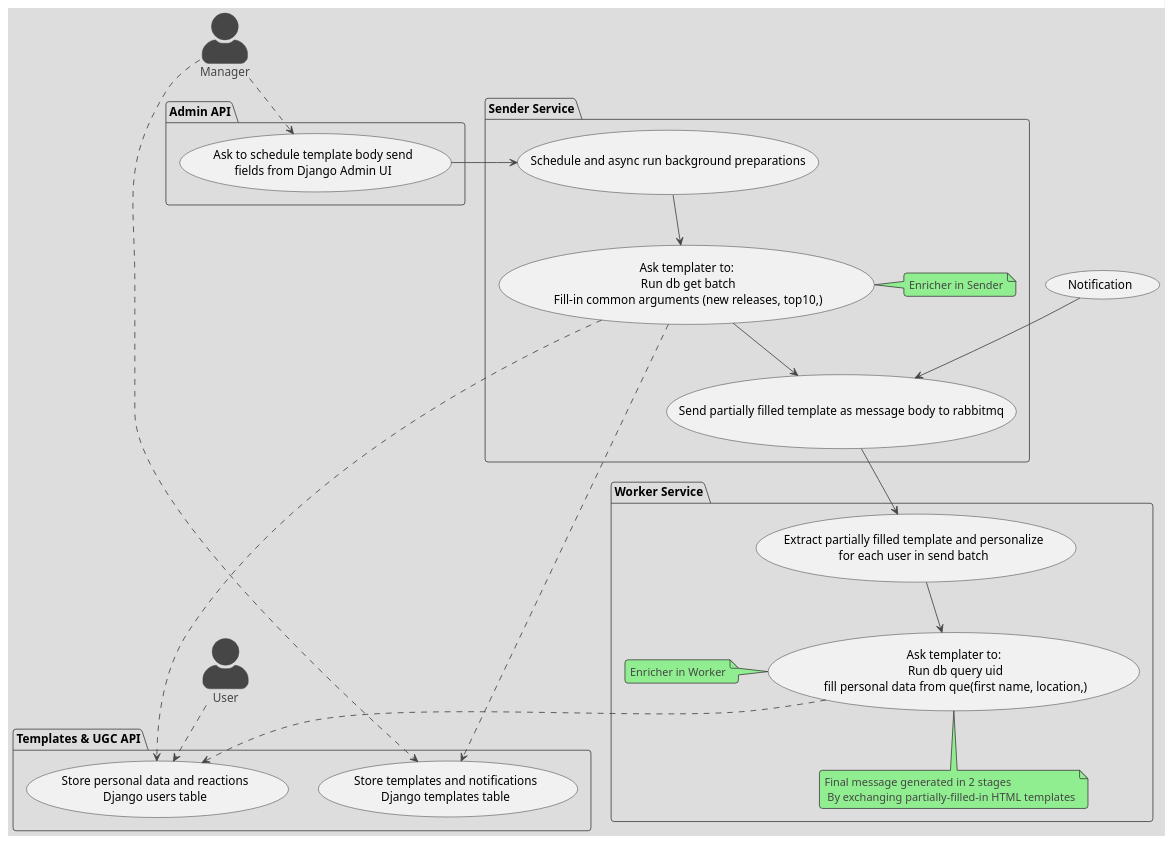
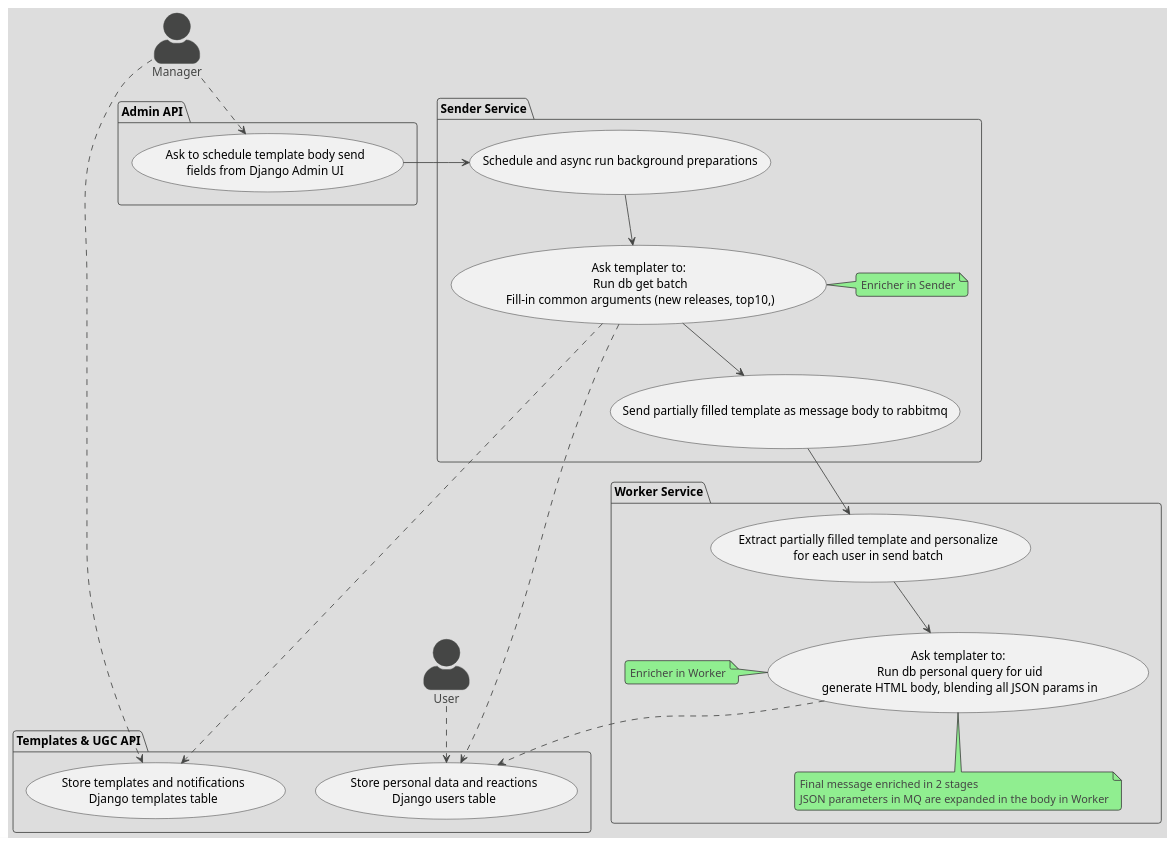
One commit to ilya-spy/notifications_sprint_1 changed the diagram in doc/usecases/generation.puml. Above: the diagram before and after it, drawn with PlantUML. The commit also changed 6 other files, not shown here.

Commit message:
update sender diagram

```diff
--- a/doc/usecases/generation.puml
+++ b/doc/usecases/generation.puml
@@ -1,56 +1,55 @@
 @startuml "message generation flow"
 
 'https://plantuml.com/use-case-diagram'
 skinparam actorStyle awesome
 !theme toy
 
 
 actor Manager
 actor User
 
 
 package "Templates & UGC API" {
     "Store personal data and reactions\nDjango users table" as (Account)
     "Store templates and notifications\nDjango templates table" as (Storage)
 }
 
 package "Admin API" {
     "Ask to schedule template body send\nfields from Django Admin UI" as (Templater)
 }
 
 package "Sender Service" {
     "Schedule and async run background preparations" as (Bg)
     "Ask templater to:\n Run db get batch\n Fill-in common arguments (new releases, top10,)" as (Fill-1)
     "Send partially filled template as message body to rabbitmq" as (Send)
 
     note right of (Fill-1): Enricher in Sender
 }
 
 package "Worker Service" {
     "Extract partially filled template and personalize\nfor each user in send batch" as (Extract)
-    "Ask templater to:\n Run db query uid\n fill personal data from que(first name, location,)" as (Fill-2)
+    "Ask templater to:\n Run db personal query for uid\n generate HTML body, blending all JSON params in" as (Fill-2)
 
     note left of (Fill-2): Enricher in Worker
-    note bottom of (Fill-2): Final message generated in 2 stages\n By exchanging partially-filled-in HTML templates
+    note bottom of (Fill-2): Final message enriched in 2 stages\nJSON parameters in MQ are expanded in the body in Worker
 
 }
 
 
 User ..> (Account)
 
 Manager ..> (Templater)
 Manager ..> (Storage)
 
 (Templater) -> (Bg)
 (Bg) --> (Fill-1)
 (Fill-1) --> (Send)
-(Notification) --> (Send)
 
 (Send) --> (Extract)
 (Extract) --> (Fill-2)
 
 (Fill-1) ..> (Storage)
 (Fill-1) ..> (Account)
 (Fill-2) ..> (Account)
 
 @enduml
```
